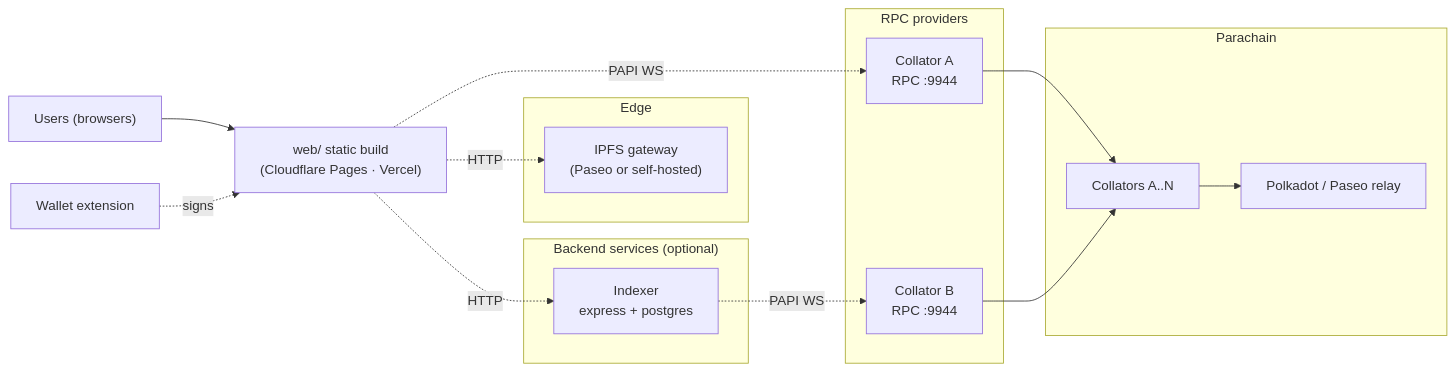
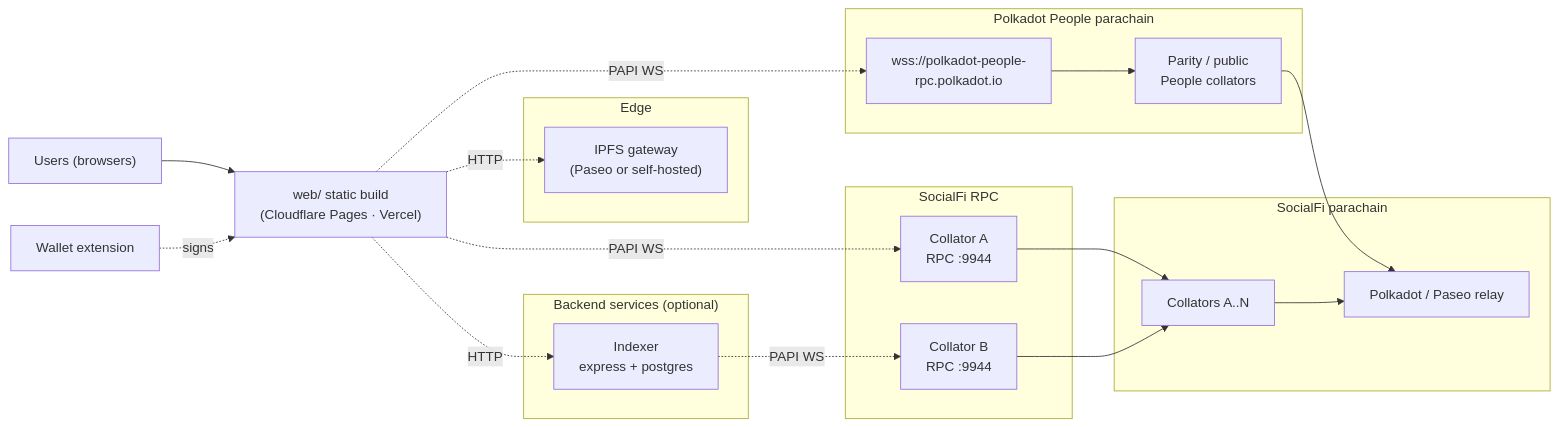
The fifth of 5 diagrams in docs/ARCHITECTURE_OVERVIEW.md (germankuber/socialfi-protocol), drawn with Mermaid before and after one commit. The commit also changed other lines of this file and 16 other files, not shown here.

````diff
--- a/docs/ARCHITECTURE_OVERVIEW.md
+++ b/docs/ARCHITECTURE_OVERVIEW.md
@@ -359,34 +400,42 @@
 ```mermaid
 graph LR
     Users["Users (browsers)"]
     Wallet["Wallet extension"]
     WebCDN["web/ static build<br/>(Cloudflare Pages · Vercel)"]
 
     subgraph Edge["Edge"]
         IPFSGW["IPFS gateway<br/>(Paseo or self-hosted)"]
     end
 
-    subgraph RPCLayer["RPC providers"]
+    subgraph RPCLayer["SocialFi RPC"]
         RPC1["Collator A<br/>RPC :9944"]
         RPC2["Collator B<br/>RPC :9944"]
     end
 
     subgraph Backend["Backend services (optional)"]
         IndexerProd["Indexer<br/>express + postgres"]
     end
 
-    subgraph Chain["Parachain"]
+    subgraph Chain["SocialFi parachain"]
         Para["Collators A..N"]
         Relay["Polkadot / Paseo relay"]
     end
 
+    subgraph PeopleEcosystem["Polkadot People parachain"]
+        PeopleRPC["wss://polkadot-people-<br/>rpc.polkadot.io"]
+        PeopleCollators["Parity / public<br/>People collators"]
+        PeopleRPC --> PeopleCollators
+        PeopleCollators --> Relay
+    end
+
     Users --> WebCDN
     WebCDN -.PAPI WS.-> RPC1
+    WebCDN -.PAPI WS.-> PeopleRPC
     WebCDN -.HTTP.-> IPFSGW
     WebCDN -.HTTP.-> IndexerProd
     Wallet -.signs.-> WebCDN
     IndexerProd -.PAPI WS.-> RPC2
     RPC1 --> Para
     RPC2 --> Para
     Para --> Relay
 ```
````
